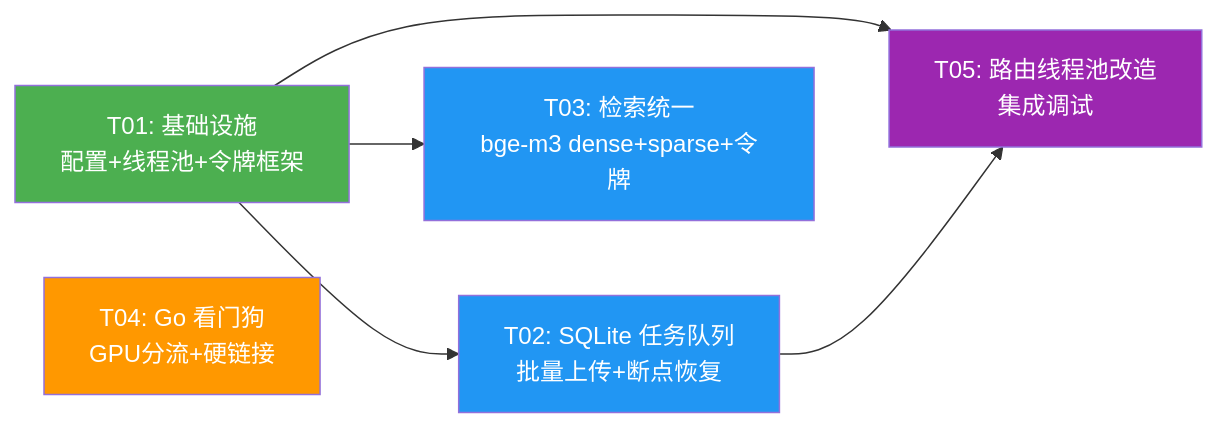
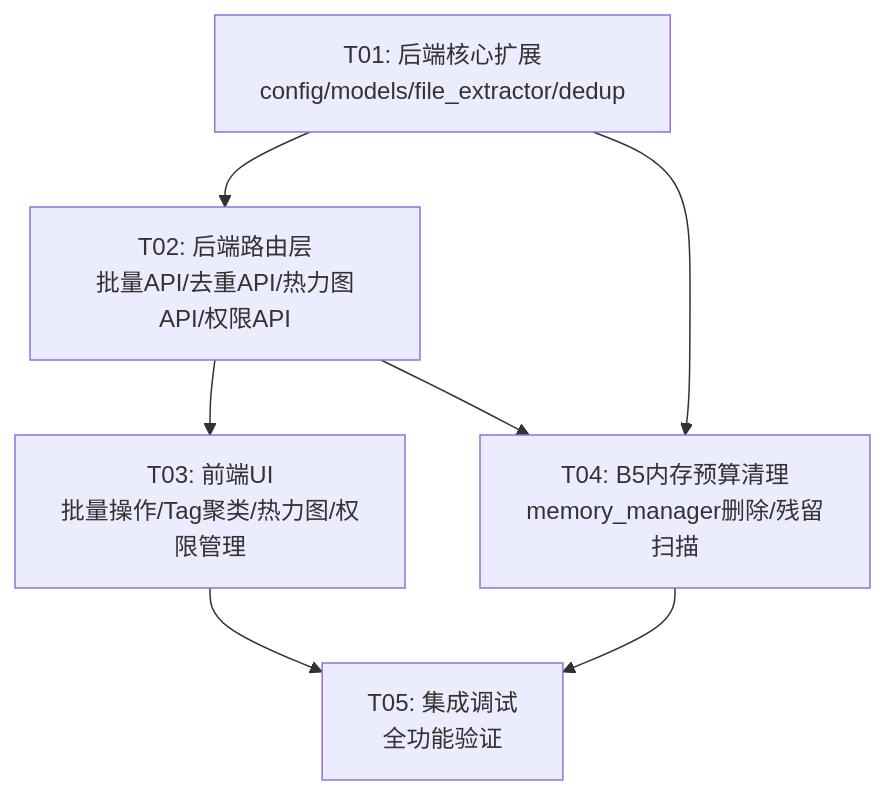
Before and after one commit to zwq871482439/sidemate: the seventh of 7 diagrams in docs/system_design.md, drawn with Mermaid. The commit also changed other lines of this file and 17 other files, not shown here.

````diff
--- a/docs/system_design.md
+++ b/docs/system_design.md
@@ -703,14 +639,15 @@
 ```mermaid
-graph LR
-    T01[T01: 基础设施<br/>配置+线程池+令牌框架] --> T02[T02: SQLite 任务队列<br/>批量上传+断点恢复]
-    T01 --> T03[T03: 检索统一<br/>bge-m3 dense+sparse+令牌]
-    T01 --> T05[T05: 路由线程池改造<br/>集成调试]
-    T02 --> T05
-    T04[T04: Go 看门狗<br/>GPU分流+硬链接] 
-    
-    style T01 fill:#4CAF50,color:#fff
-    style T02 fill:#2196F3,color:#fff
-    style T03 fill:#2196F3,color:#fff
-    style T04 fill:#FF9800,color:#fff
-    style T05 fill:#9C27B0,color:#fff
+graph TD
+    T01[T01: 后端核心扩展<br/>config/models/file_extractor/dedup]
+    T02[T02: 后端路由层<br/>批量API/去重API/热力图API/权限API]
+    T03[T03: 前端UI<br/>批量操作/Tag聚类/热力图/权限管理]
+    T04[T04: B5内存预算清理<br/>memory_manager删除/残留扫描]
+    T05[T05: 集成调试<br/>全功能验证]
+
+    T01 --> T02
+    T01 --> T04
+    T02 --> T03
+    T02 --> T04
+    T03 --> T05
+    T04 --> T05
 ```
````
